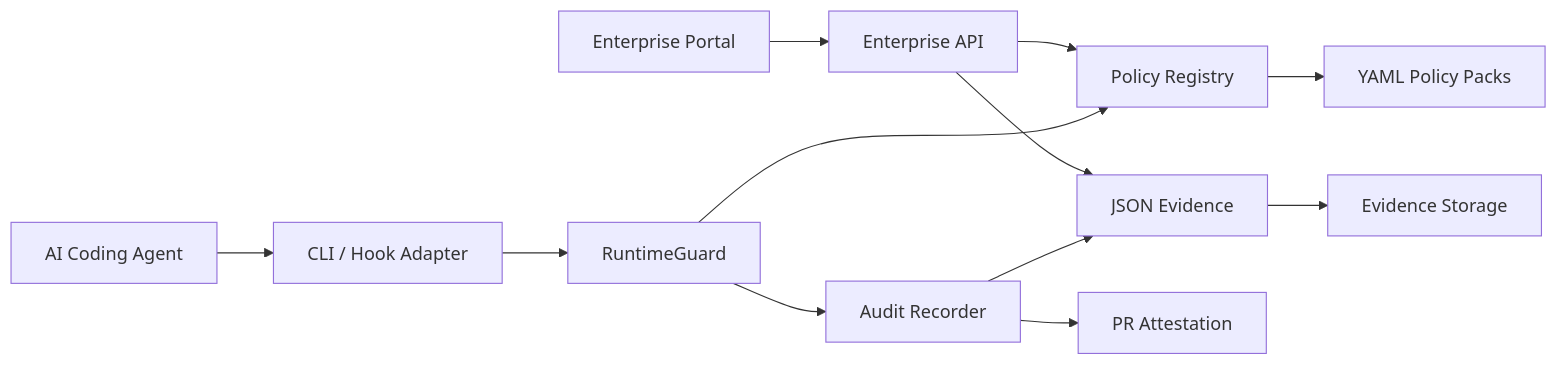
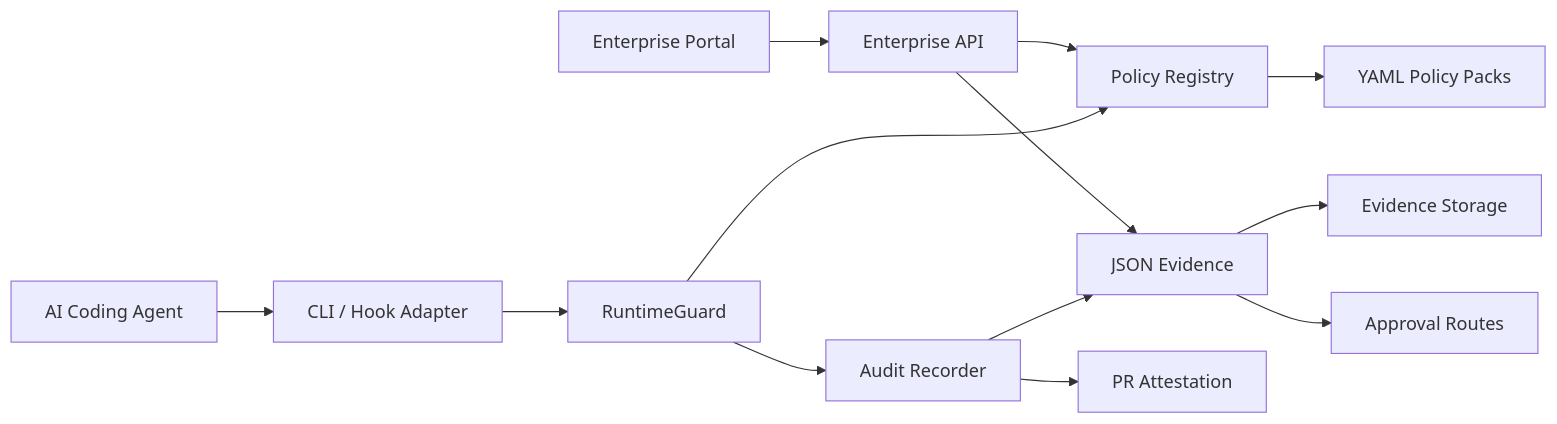
The second of 2 diagrams in docs/wiki/C4-Model.md (Huzefaaa2/terraguard-agentshield), drawn with Mermaid before and after one commit. The commit also changed 22 other files, not shown here.

````diff
--- a/docs/wiki/C4-Model.md
+++ b/docs/wiki/C4-Model.md
@@ -27,14 +27,15 @@
 ```mermaid
 flowchart LR
     Agent[AI Coding Agent] --> CLI[CLI / Hook Adapter]
     Portal[Enterprise Portal] --> API[Enterprise API]
     CLI --> Guard[RuntimeGuard]
     API --> Registry
     API --> JSON
     Guard --> Registry[Policy Registry]
     Registry --> Packs[YAML Policy Packs]
     Guard --> Audit[Audit Recorder]
     Audit --> PR[PR Attestation]
     Audit --> JSON[JSON Evidence]
     JSON --> Store[Evidence Storage]
+    JSON --> Routes[Approval Routes]
 ```
````
